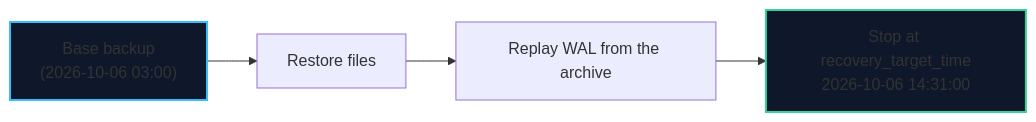
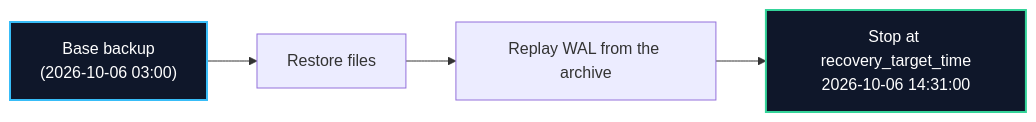
Before and after one commit to 1345AbhishekKumar/cs-cookbook: the diagram in content/docs/postgresql/03-transactions-and-safety/03-backup-restore-and-pitr.mdx, drawn with Mermaid. The commit also changed 80 other files, not shown here.

````diff
--- a/content/docs/postgresql/03-transactions-and-safety/03-backup-restore-and-pitr.mdx
+++ b/content/docs/postgresql/03-transactions-and-safety/03-backup-restore-and-pitr.mdx
@@ -112,9 +112,9 @@
 ```mermaid
 flowchart LR
     B["Base backup<br/>(2026-10-06 03:00)"] --> R["Restore files"]
     R --> W["Replay WAL from the archive"]
     W --> T["Stop at recovery_target_time<br/>2026-10-06 14:31:00"]
 
-    style B fill:#0f172a,stroke:#38bdf8,stroke-width:2px
-    style T fill:#0f172a,stroke:#34d399,stroke-width:2px
+    style B fill:#0f172a,stroke:#38bdf8,stroke-width:2px,color:#ffffff
+    style T fill:#0f172a,stroke:#34d399,stroke-width:2px,color:#ffffff
 ```
````
